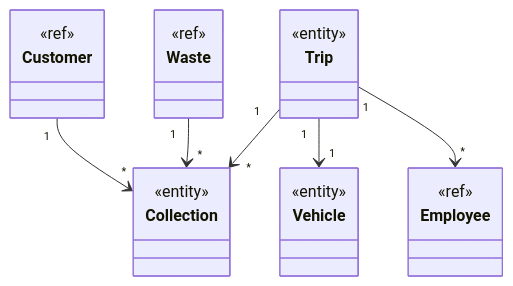
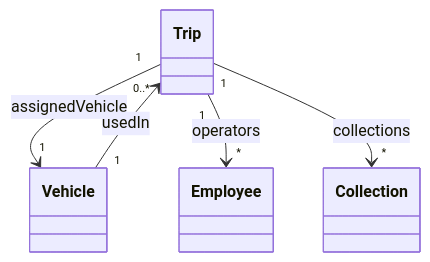
The third of 3 diagrams in report.md (Alex-Cambrini/pss24-25-WasteMaster-Cambrini-Ferrari-Ragazzini), drawn with Mermaid before and after one commit. The commit also changed other lines of this file, not shown here.

````diff
--- a/report.md
+++ b/report.md
@@ -161,27 +174,12 @@
 ```mermaid
 classDiagram
-class Trip {
-  <<entity>>
-}
-class Vehicle {
-  <<entity>>
-}
-class Employee {
-  <<ref>>
-}
-class Collection {
-  <<entity>>
-}
-class Customer {
-  <<ref>>
-}
-class Waste {
-  <<ref>>
-}
+    class Trip
+    class Vehicle
+    class Employee
+    class Collection
 
-Trip "1" --> "*" Collection
-Trip "1" --> "1" Vehicle
-Trip "1" --> "*" Employee
-Customer "1" --> "*" Collection
-Waste "1" --> "*" Collection
+    Trip "1" --> "1" Vehicle : assignedVehicle
+    Trip "1" --> "*" Employee : operators
+    Trip "1" --> "*" Collection : collections
+    Vehicle "1" --> "0..*" Trip : usedIn
 ```
````
